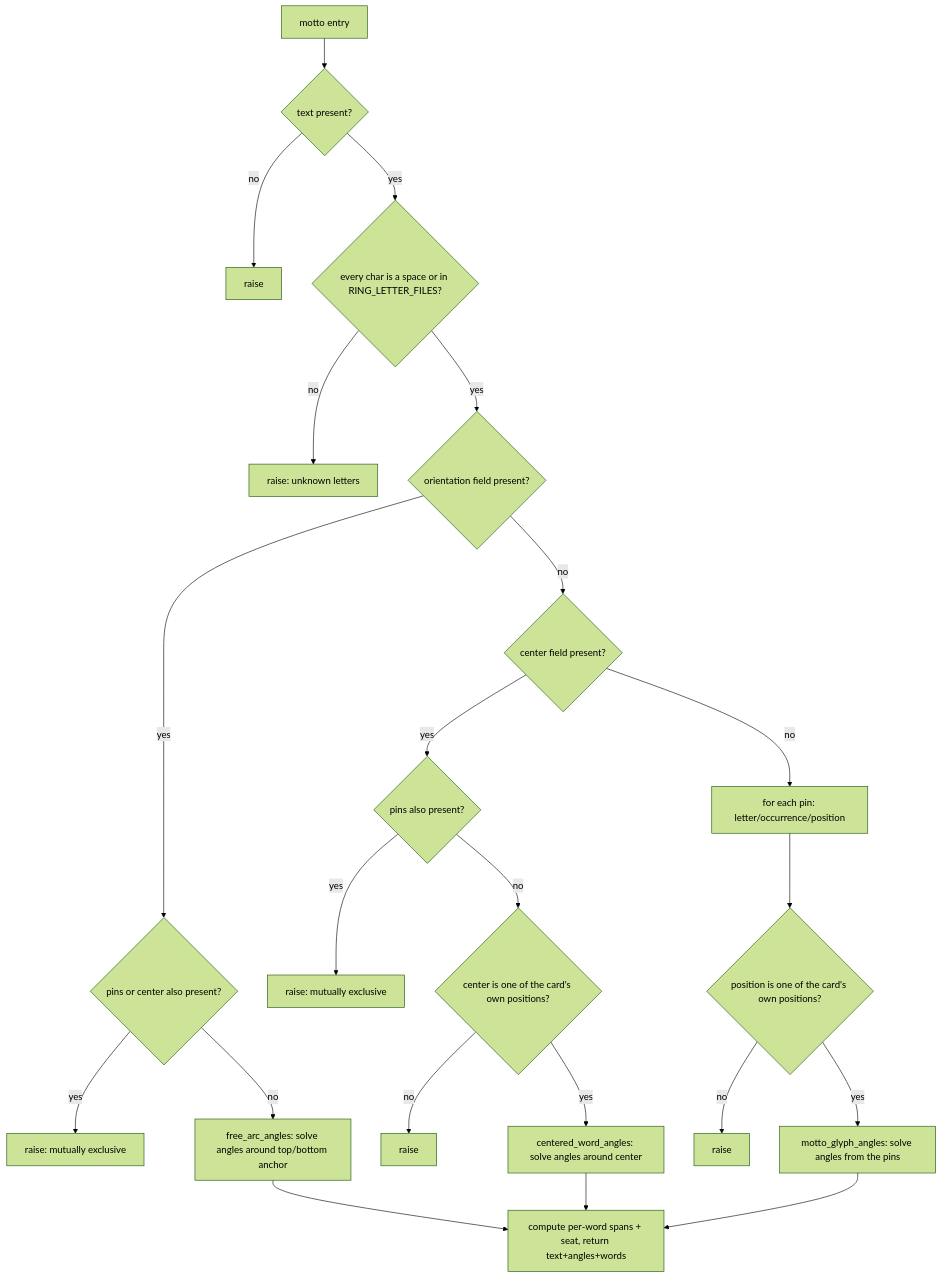
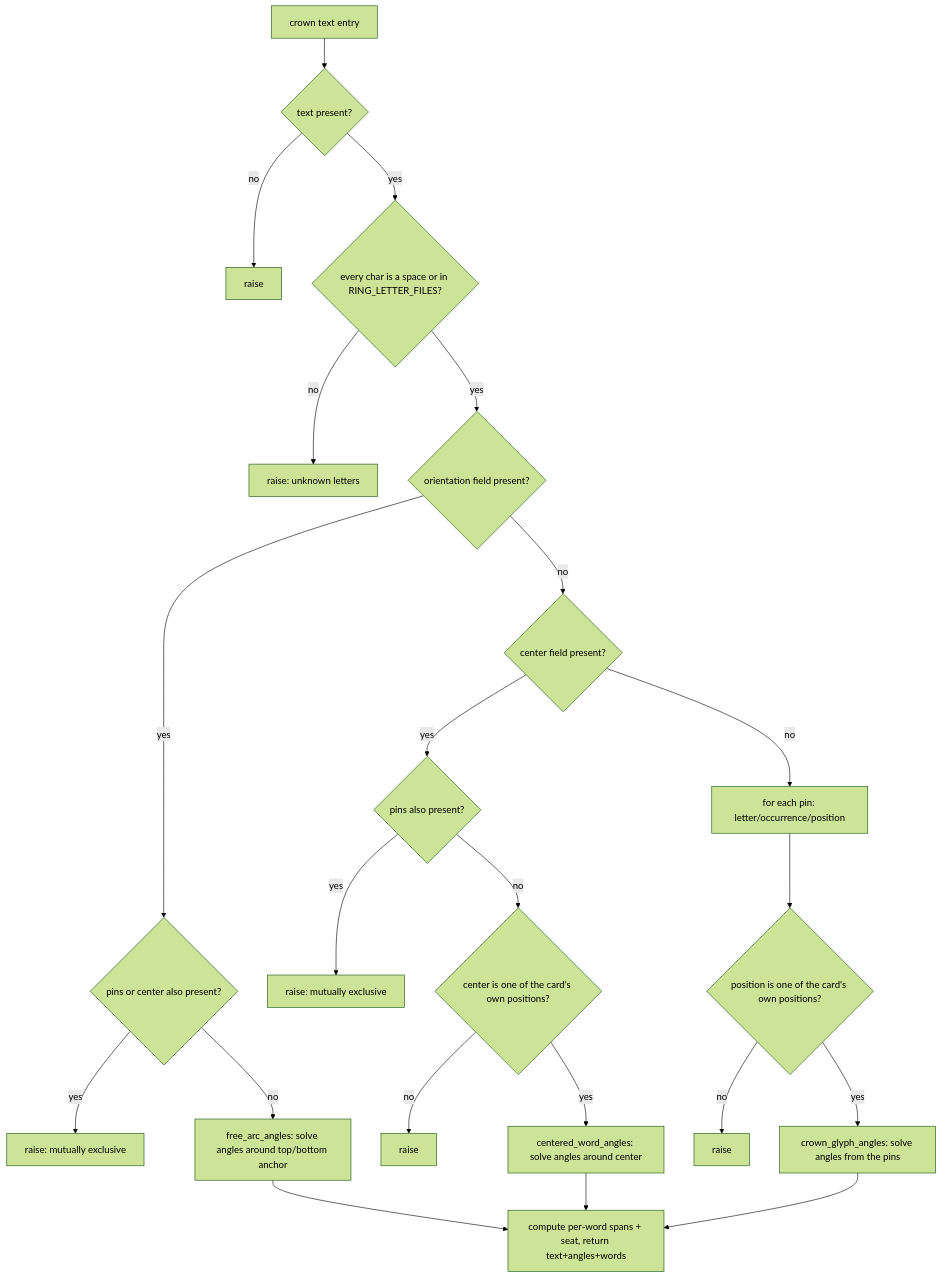
Before and after one commit to UVuruna/Watch-Academy: the second of 2 diagrams in data/__flow/rings.md, drawn with Mermaid (forest theme). The commit also changed other lines of this file and 40 other files, not shown here.

````diff
--- a/data/__flow/rings.md
+++ b/data/__flow/rings.md
@@ -54,24 +54,24 @@
 ```mermaid
 flowchart TB
-    A[motto entry] --> B{text present?}
+    A[crown text entry] --> B{text present?}
     B -- no --> X1[raise]
     B -- yes --> C{every char is a space or in RING_LETTER_FILES?}
     C -- no --> X2[raise: unknown letters]
     C -- yes --> O{orientation field present?}
     O -- yes --> O2{pins or center also present?}
     O2 -- yes --> X0[raise: mutually exclusive]
     O2 -- no --> O3[free_arc_angles: solve angles around top/bottom anchor]
     O -- no --> D{center field present?}
     D -- yes --> E{pins also present?}
     E -- yes --> X3[raise: mutually exclusive]
     E -- no --> F{center is one of the card's own positions?}
     F -- no --> X4[raise]
     F -- yes --> G[centered_word_angles: solve angles around center]
     D -- no --> H[for each pin: letter/occurrence/position]
     H --> I{position is one of the card's own positions?}
     I -- no --> X5[raise]
-    I -- yes --> J[motto_glyph_angles: solve angles from the pins]
+    I -- yes --> J[crown_glyph_angles: solve angles from the pins]
     O3 --> K[compute per-word spans + seat, return text+angles+words]
     G --> K
     J --> K
 ```
````
